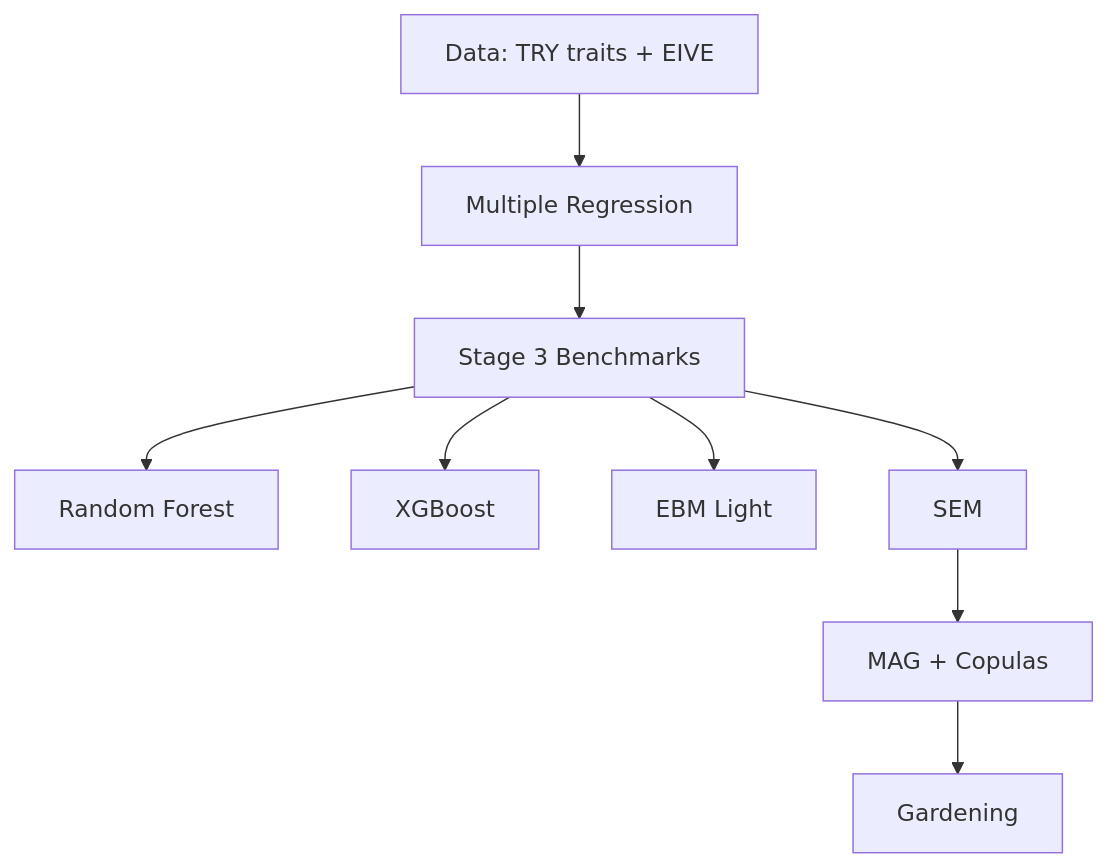
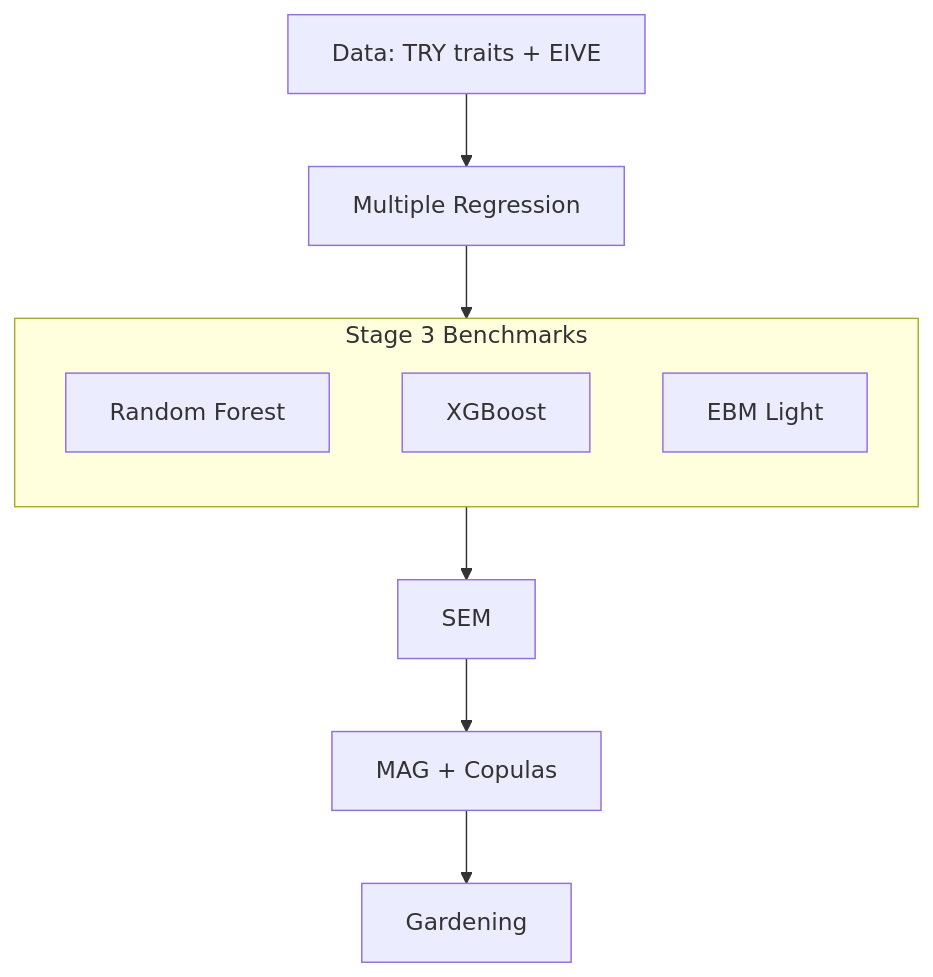
Before and after one commit to jaredquekjz/plantguide: the diagram in README.md, drawn with Mermaid.

Commit message:
docs: restructure Mermaid — Stage 3 Benchmarks as subgraph (RF/XGB/EBM listed) with SEM after benchmarks; no outgoing edges from benchmarks

````diff
--- a/README.md
+++ b/README.md
@@ -19,11 +19,14 @@
 ```mermaid
 flowchart TD
   A[Data: TRY traits + EIVE] --> B[Multiple Regression]
-  B --> C[Stage 3 Benchmarks]
-  C --> RF[Random Forest]
-  C --> XGB[XGBoost]
-  C --> EBM[EBM Light]
+  B --> C
+  subgraph C [Stage 3 Benchmarks]
+    direction TB
+    C1[Random Forest]
+    C2[XGBoost]
+    C3[EBM Light]
+  end
   C --> D[SEM]
   D --> E[MAG + Copulas]
   E --> F[Gardening]
 ```
````
